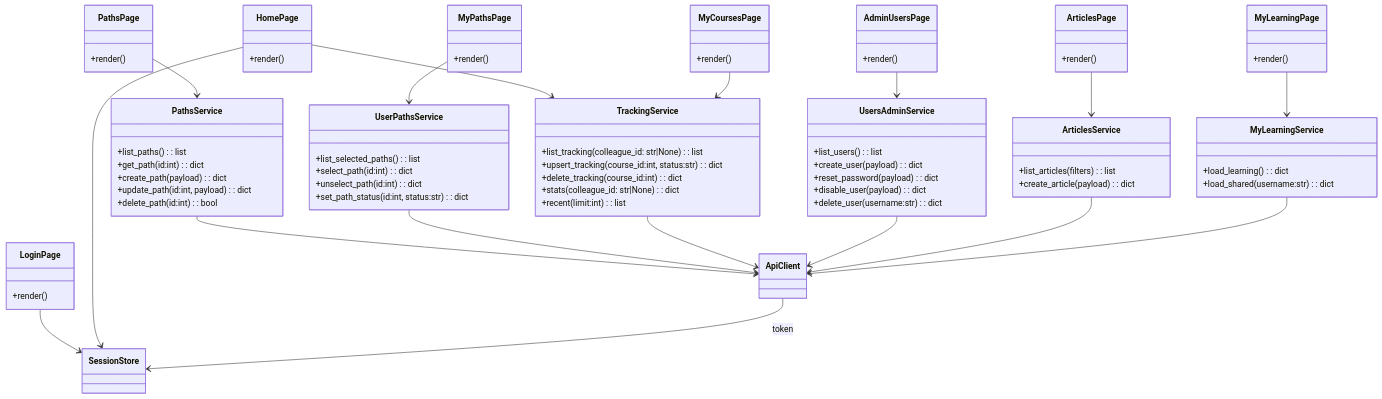
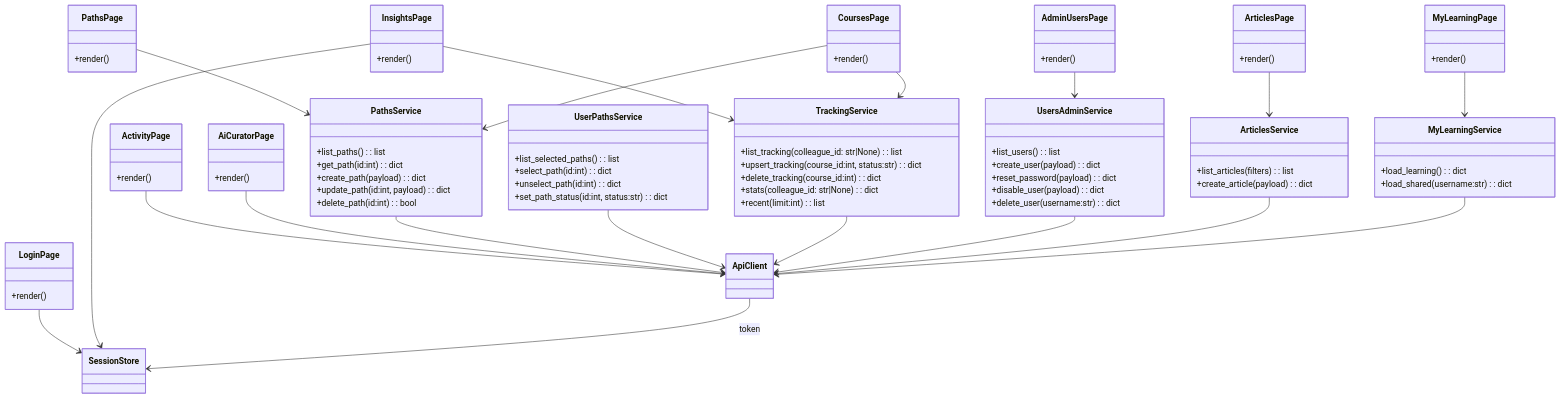
One commit to JustinMelger/Upstream changed the third of 3 diagrams in docs/architecture_frontend.md. Above: the diagram before and after it, drawn with Mermaid. The commit also changed other lines of this file and 26 other files, not shown here.

Commit message:
refactor: architecture doc alignment

````diff
--- a/docs/architecture_frontend.md
+++ b/docs/architecture_frontend.md
@@ -329,70 +312,73 @@
 ```mermaid
 classDiagram
   class PathsService {
     +list_paths(): list
     +get_path(id:int): dict
     +create_path(payload): dict
     +update_path(id:int, payload): dict
     +delete_path(id:int): bool
   }
 
   class UserPathsService {
     +list_selected_paths(): list
     +select_path(id:int): dict
     +unselect_path(id:int): dict
     +set_path_status(id:int, status:str): dict
   }
 
   class TrackingService {
     +list_tracking(colleague_id: str|None): list
     +upsert_tracking(course_id:int, status:str): dict
     +delete_tracking(course_id:int): dict
     +stats(colleague_id: str|None): dict
     +recent(limit:int): list
   }
 
   class UsersAdminService {
     +list_users(): list
     +create_user(payload): dict
     +reset_password(payload): dict
     +disable_user(payload): dict
     +delete_user(username:str): dict
   }
 
   class ArticlesService {
     +list_articles(filters): list
     +create_article(payload): dict
   }
 
   class MyLearningService {
     +load_learning(): dict
     +load_shared(username:str): dict
   }
 
   class LoginPage { +render() }
-  class HomePage { +render() }
+  class InsightsPage { +render() }
   class PathsPage { +render() }
-  class MyPathsPage { +render() }
-  class MyCoursesPage { +render() }
+  class CoursesPage { +render() }
   class ArticlesPage { +render() }
   class MyLearningPage { +render() }
+  class ActivityPage { +render() }
   class AdminUsersPage { +render() }
+  class AiCuratorPage { +render() }
 
   LoginPage --> SessionStore
-  HomePage --> SessionStore
-  HomePage --> TrackingService
+  InsightsPage --> SessionStore
+  InsightsPage --> TrackingService
   PathsPage --> PathsService
-  MyPathsPage --> UserPathsService
-  MyCoursesPage --> TrackingService
+  CoursesPage --> TrackingService
+  CoursesPage --> PathsService
   ArticlesPage --> ArticlesService
   MyLearningPage --> MyLearningService
+  ActivityPage --> ApiClient
   AdminUsersPage --> UsersAdminService
+  AiCuratorPage --> ApiClient
 
   PathsService --> ApiClient
   UserPathsService --> ApiClient
   TrackingService --> ApiClient
   UsersAdminService --> ApiClient
   ArticlesService --> ApiClient
   MyLearningService --> ApiClient
   ApiClient --> SessionStore : token
 ```
````
